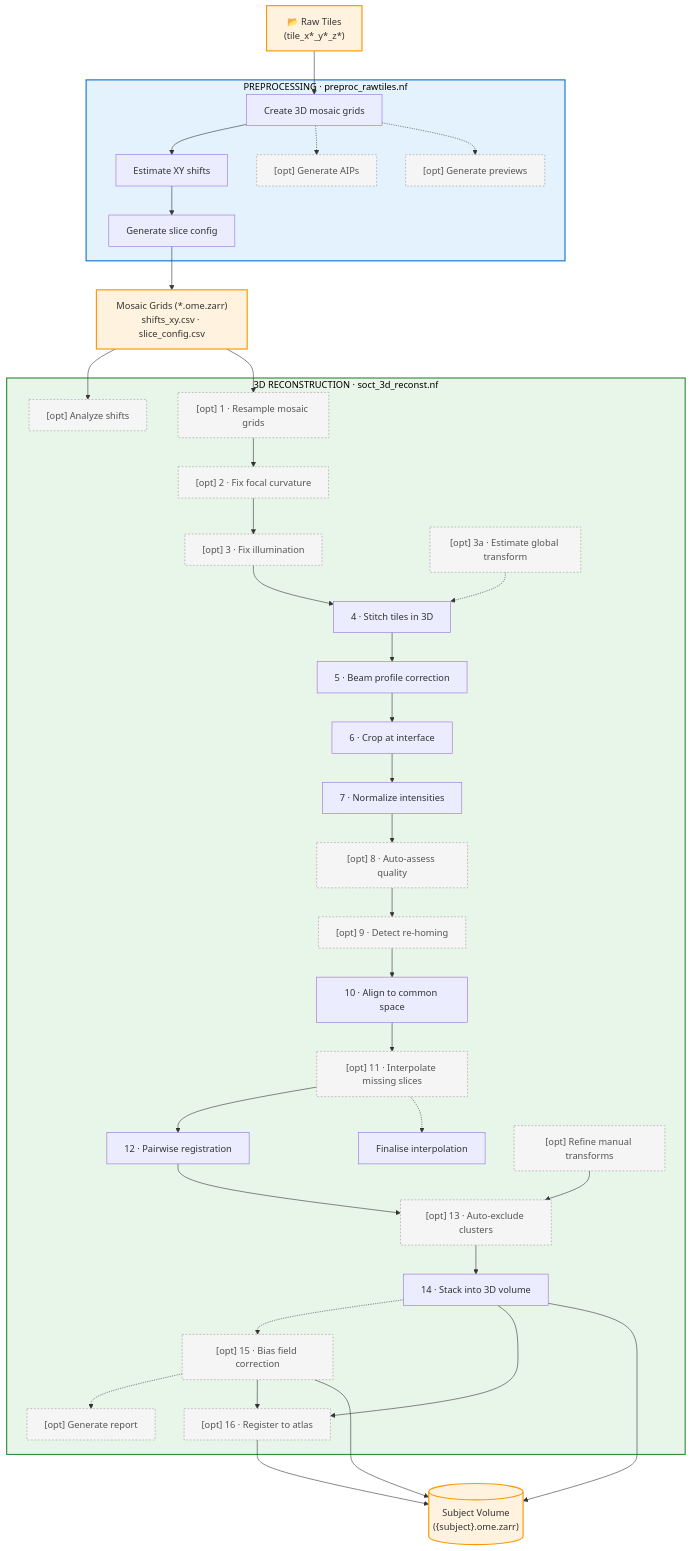
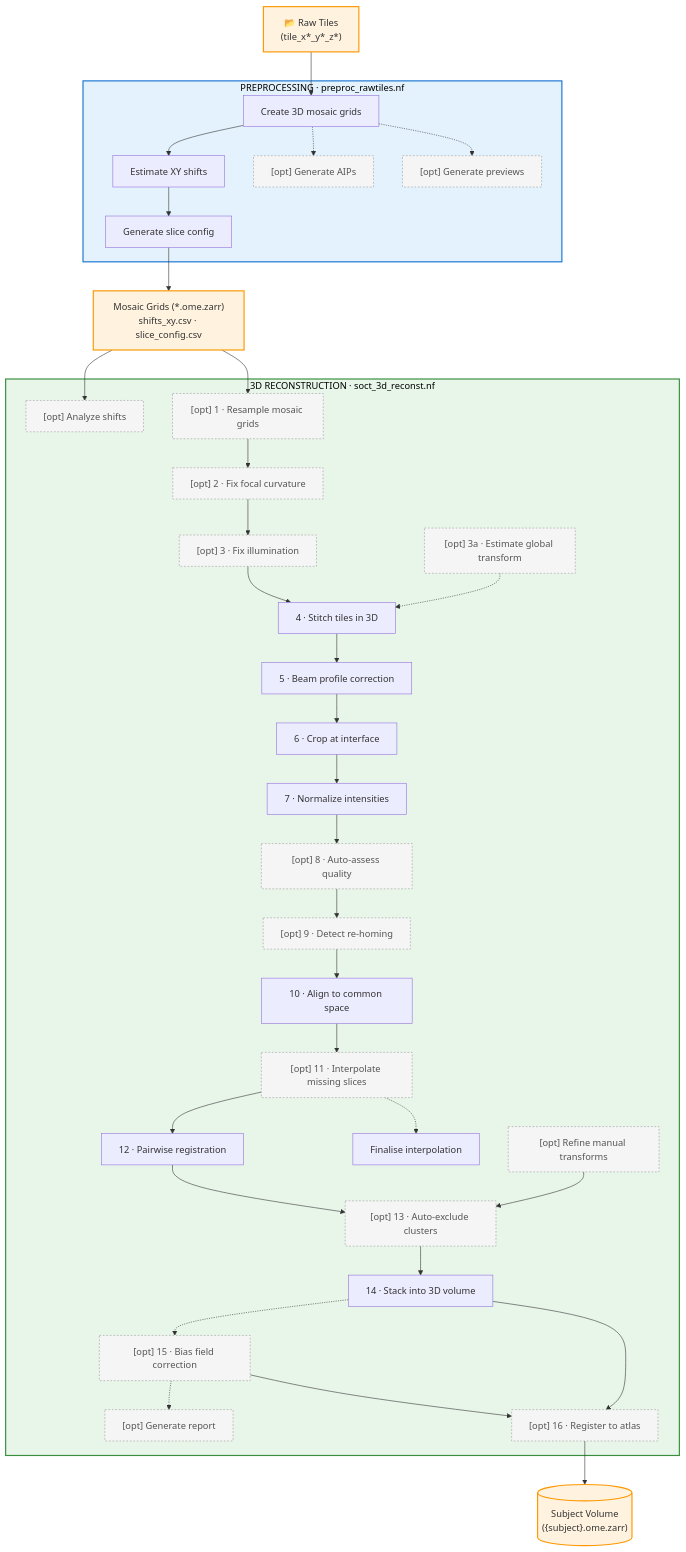
The diagram in docs/PIPELINE_OVERVIEW.md (linum-uqam/linumpy), drawn with Mermaid before and after one commit. The commit also changed other lines of this file and 10 other files, not shown here.

````diff
--- a/docs/PIPELINE_OVERVIEW.md
+++ b/docs/PIPELINE_OVERVIEW.md
@@ -15,46 +15,44 @@
 ```mermaid
 flowchart TD
     RAW["📂 Raw Tiles\n(tile_x*_y*_z*)"]
 
     subgraph PREPROC["  PREPROCESSING  ·  preproc_rawtiles.nf  "]
         P1["Create 3D mosaic grids"]
         P2["Estimate XY shifts"]
         P3["Generate slice config"]
         P4["[opt] Generate AIPs"]:::opt
         P5["[opt] Generate previews"]:::opt
         P1 --> P2 --> P3
         P1 -.-> P4
         P1 -.-> P5
     end
 
     INTER["Mosaic Grids (*.ome.zarr)\nshifts_xy.csv · slice_config.csv"]
 
     subgraph RECONST["  3D RECONSTRUCTION  ·  soct_3d_reconst.nf  "]
         R00["[opt] Analyze shifts"]:::opt
         R01["[opt] 1 · Resample mosaic grids"]:::opt --> R02["[opt] 2 · Fix focal curvature"]:::opt --> R03["[opt] 3 · Fix illumination"]:::opt --> R04["4 · Stitch tiles in 3D"] --> R05["5 · Beam profile correction"] --> R06["6 · Crop at interface"] --> R07["7 · Normalize intensities"] --> R08["[opt] 8 · Auto-assess quality"]:::opt --> R09["[opt] 9 · Detect re-homing"]:::opt --> R10["10 · Align to common space"] --> R11["[opt] 11 · Interpolate missing slices"]:::opt --> R12["12 · Pairwise registration"] --> R13["[opt] 13 · Auto-exclude clusters"]:::opt --> R14["14 · Stack into 3D volume"]
         R03a["[opt] 3a · Estimate global transform"]:::opt -.-> R04
         R11 -.-> R11f["Finalise interpolation"]
         R12r["[opt] Refine manual transforms"]:::opt --> R13
         R14 -.-> R14b["[opt] 15 · Bias field correction"]:::opt
         R14b -.-> REPORT["[opt] Generate report"]:::opt
         R14 --> R16["[opt] 16 · Register to atlas"]:::opt
         R14b --> R16
     end
 
     OUT[("Subject Volume\n({subject}.ome.zarr)")]
 
     RAW --> P1
     P3 --> INTER
     INTER --> R00
     INTER --> R01
-    R14 --> OUT
-    R14b --> OUT
     R16 --> OUT
 
     classDef opt fill:#f5f5f5,stroke:#999,stroke-dasharray:3 3,color:#555
     style RAW fill:#fff3e0,stroke:#FF9800,stroke-width:2px
     style INTER fill:#fff3e0,stroke:#FF9800,stroke-width:2px
     style OUT fill:#fff3e0,stroke:#FF9800,stroke-width:2px
     style PREPROC fill:#e3f2fd,stroke:#1976D2,stroke-width:2px,color:#000
     style RECONST fill:#e8f5e9,stroke:#388E3C,stroke-width:2px,color:#000
 ```
````
